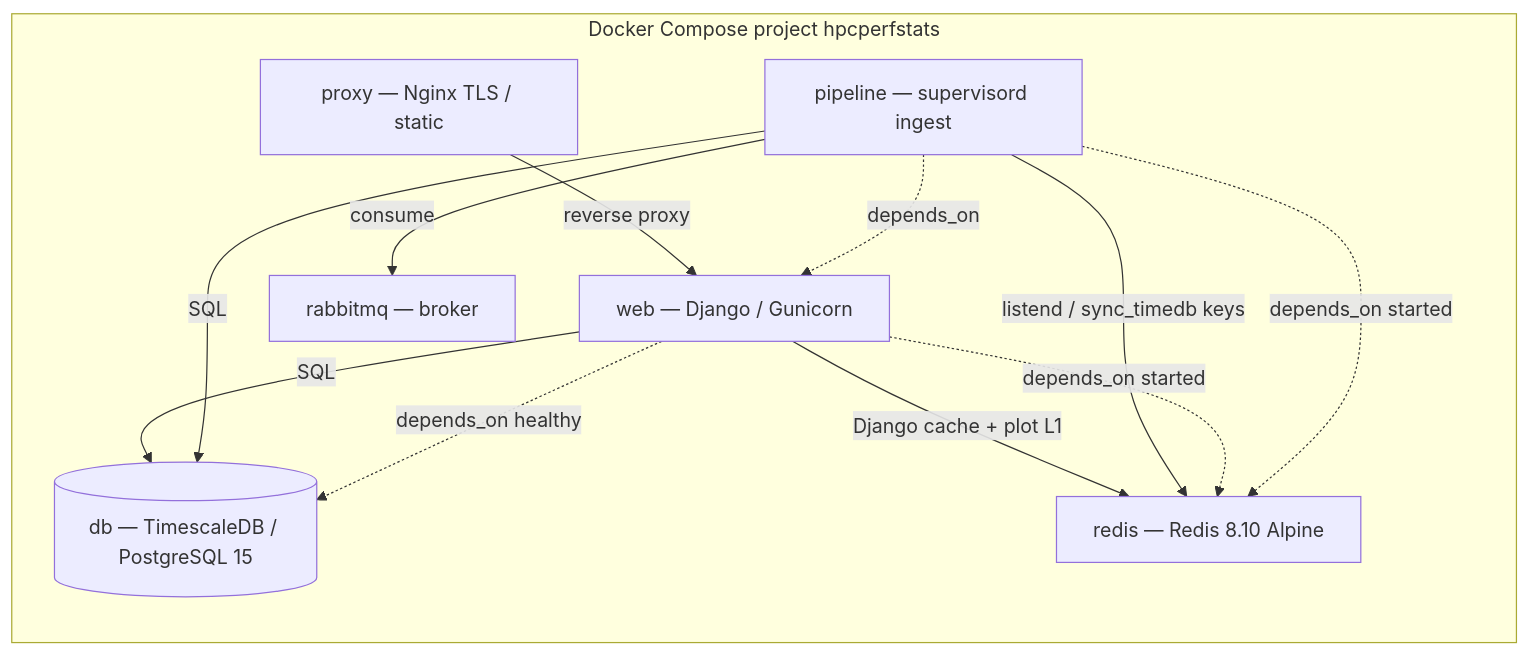
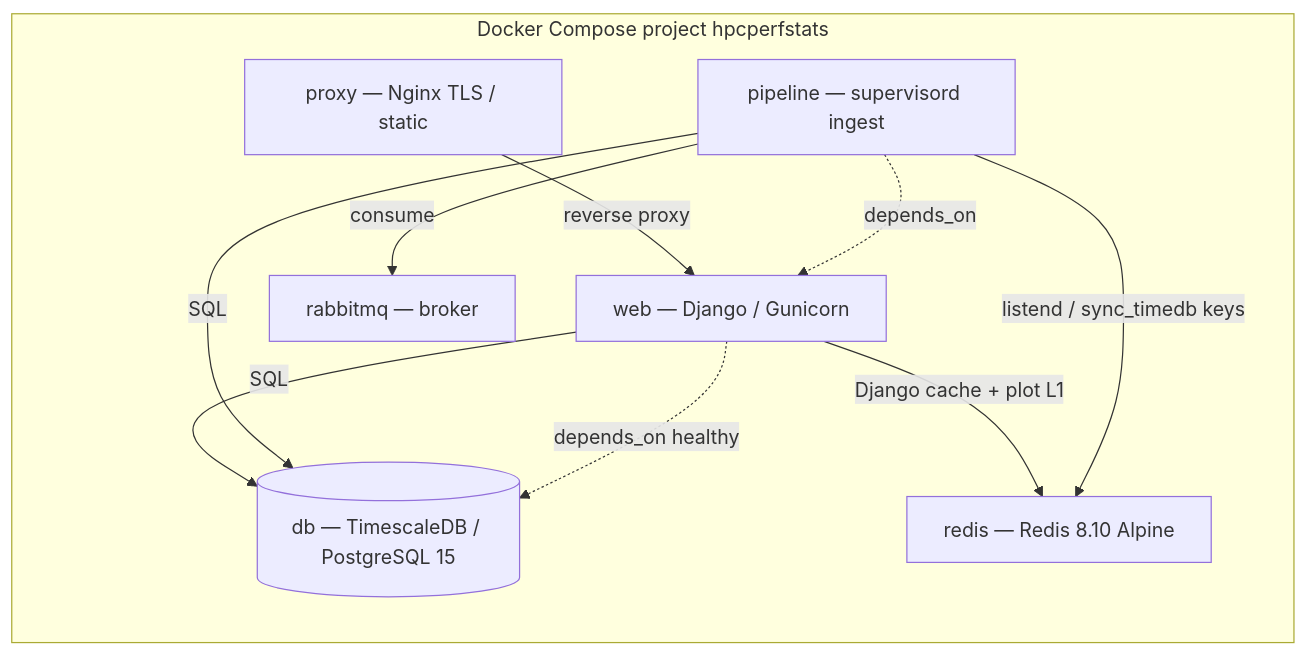
One commit to TACC/HPCPerfStats changed the second of 2 diagrams in docs/design-document.md. Above: the diagram before and after it, drawn with Mermaid. The commit also changed other lines of this file and 10 other files, not shown here.

````diff
--- a/docs/design-document.md
+++ b/docs/design-document.md
@@ -93,23 +93,21 @@
 ```mermaid
 flowchart TB
   subgraph compose["Docker Compose project hpcperfstats"]
     direction TB
     PXY[proxy — Nginx TLS / static]
     WEB[web — Django / Gunicorn]
     PIPE[pipeline — supervisord ingest]
     DB[(db — TimescaleDB / PostgreSQL 15)]
     REDIS[redis — Redis 8.10 Alpine]
     RMQ[rabbitmq — broker]
   end
 
   PXY -->|reverse proxy| WEB
   WEB -->|SQL| DB
   WEB -->|Django cache + plot L1| REDIS
   PIPE -->|SQL| DB
   PIPE -->|listend / sync_timedb keys| REDIS
   PIPE -->|consume| RMQ
   WEB -.->|depends_on healthy| DB
-  WEB -.->|depends_on started| REDIS
   PIPE -.->|depends_on| WEB
-  PIPE -.->|depends_on started| REDIS
 ```
````
